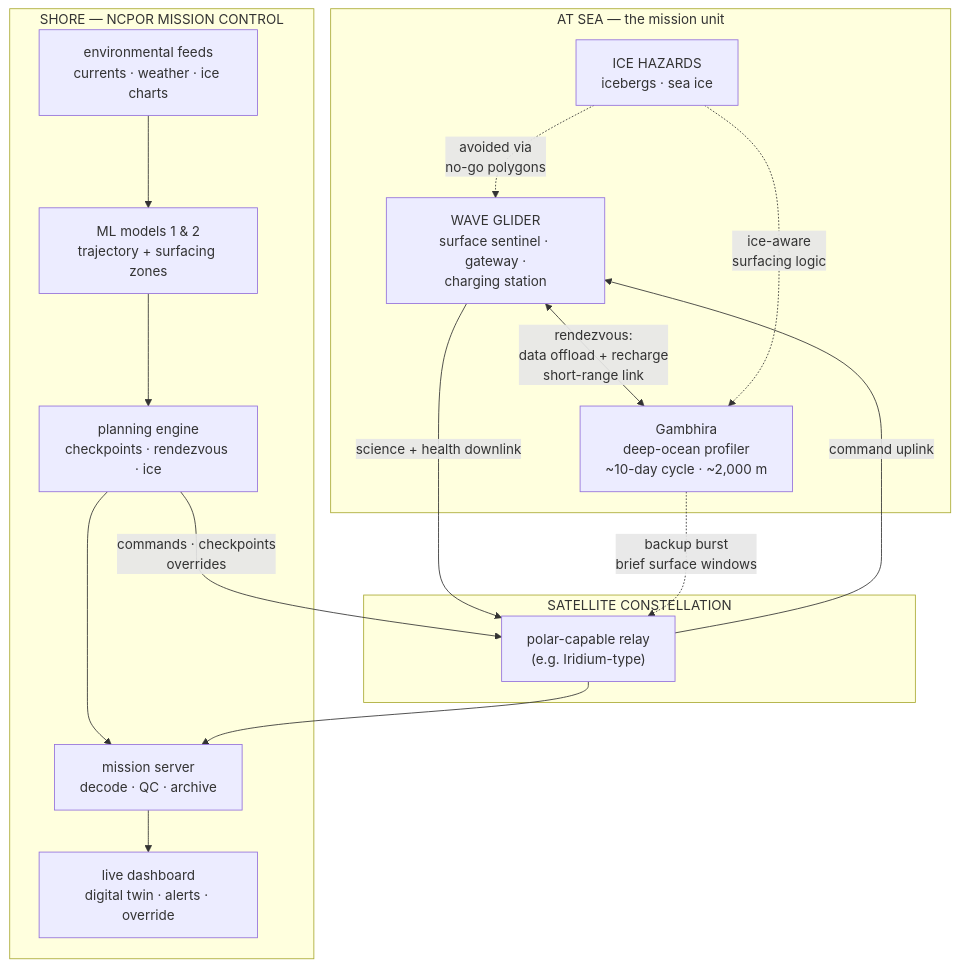
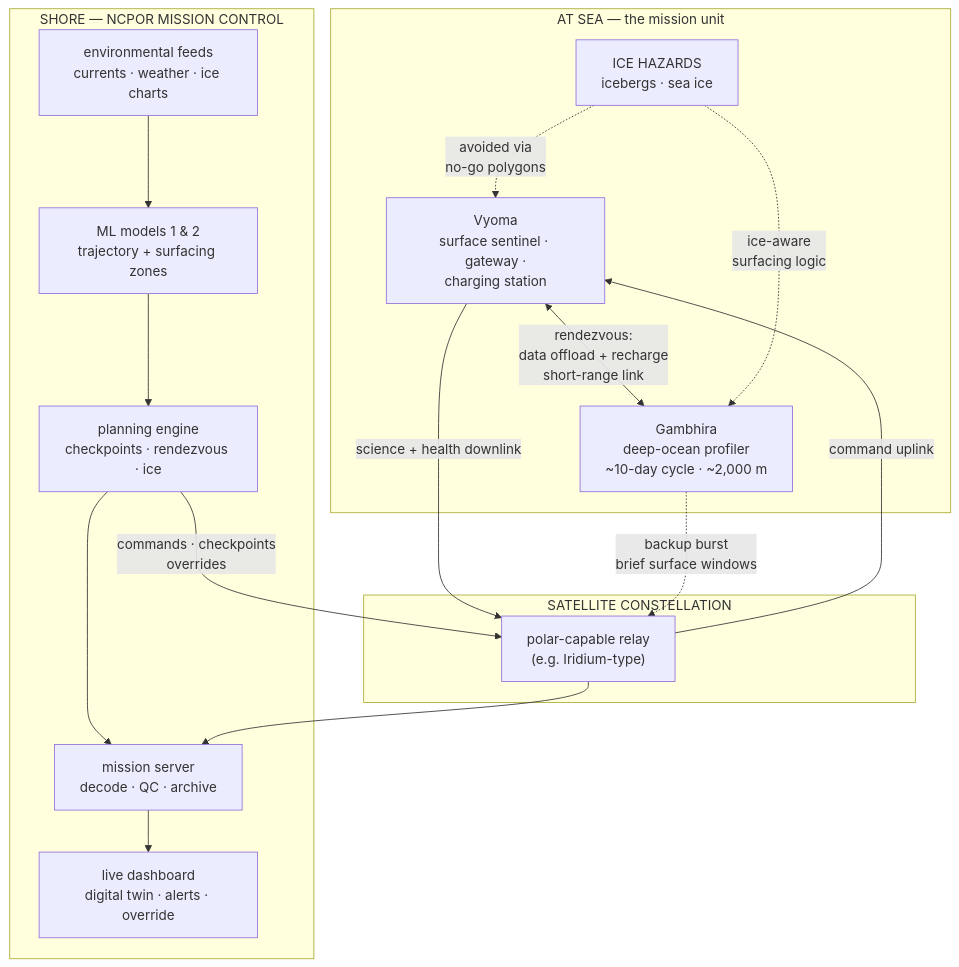
Before and after one commit to DAnuraag/Dhakshin: the third of 34 diagrams in README.md, drawn with Mermaid. The commit also changed other lines of this file, not shown here.

````diff
--- a/README.md
+++ b/README.md
@@ -978,30 +978,30 @@
 ```mermaid
 flowchart TB
     subgraph SEA["AT SEA — the mission unit"]
-        WG["WAVE GLIDER<br/>surface sentinel · gateway ·<br/>charging station"]
+        WG["Vyoma<br/>surface sentinel · gateway ·<br/>charging station"]
         AF["Gambhira<br/>deep-ocean profiler<br/>~10-day cycle · ~2,000 m"]
         ICE["ICE HAZARDS<br/>icebergs · sea ice"]
         WG <-- "rendezvous:<br/>data offload + recharge<br/>short-range link" --> AF
         ICE -. "avoided via<br/>no-go polygons" .-> WG
         ICE -. "ice-aware<br/>surfacing logic" .-> AF
     end
 
     subgraph SAT["SATELLITE CONSTELLATION"]
         SATL["polar-capable relay<br/>(e.g. Iridium-type)"]
     end
 
     subgraph SHORE["SHORE — NCPOR MISSION CONTROL"]
         SRV["mission server<br/>decode · QC · archive"]
         ML["ML models 1 & 2<br/>trajectory + surfacing zones"]
         PLN["planning engine<br/>checkpoints · rendezvous · ice"]
         DASH["live dashboard<br/>digital twin · alerts · override"]
         ENV["environmental feeds<br/>currents · weather · ice charts"]
         ENV --> ML --> PLN --> SRV
         SRV --> DASH
         PLN -- "commands · checkpoints<br/>overrides" --> SATL
     end
 
     WG -- "science + health downlink" --> SATL --> SRV
     AF -. "backup burst<br/>brief surface windows" .-> SATL
     SATL -- "command uplink" --> WG
 ```
````
